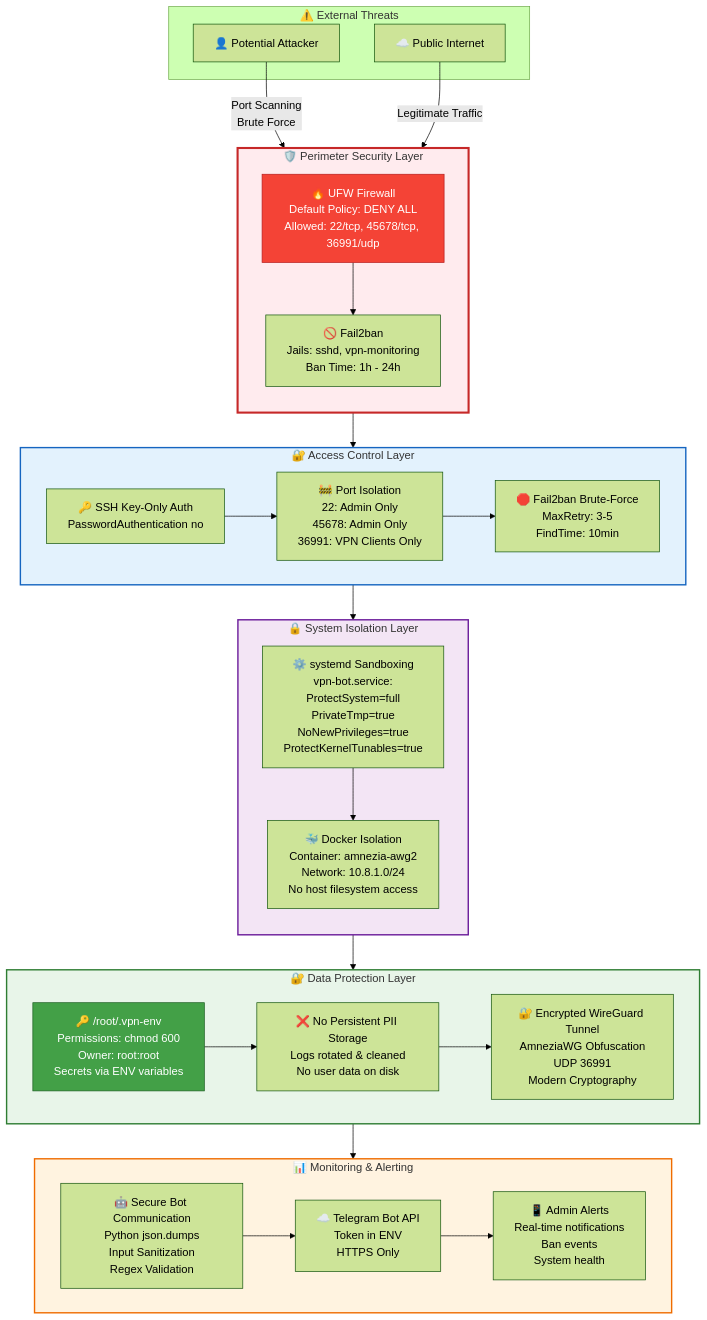
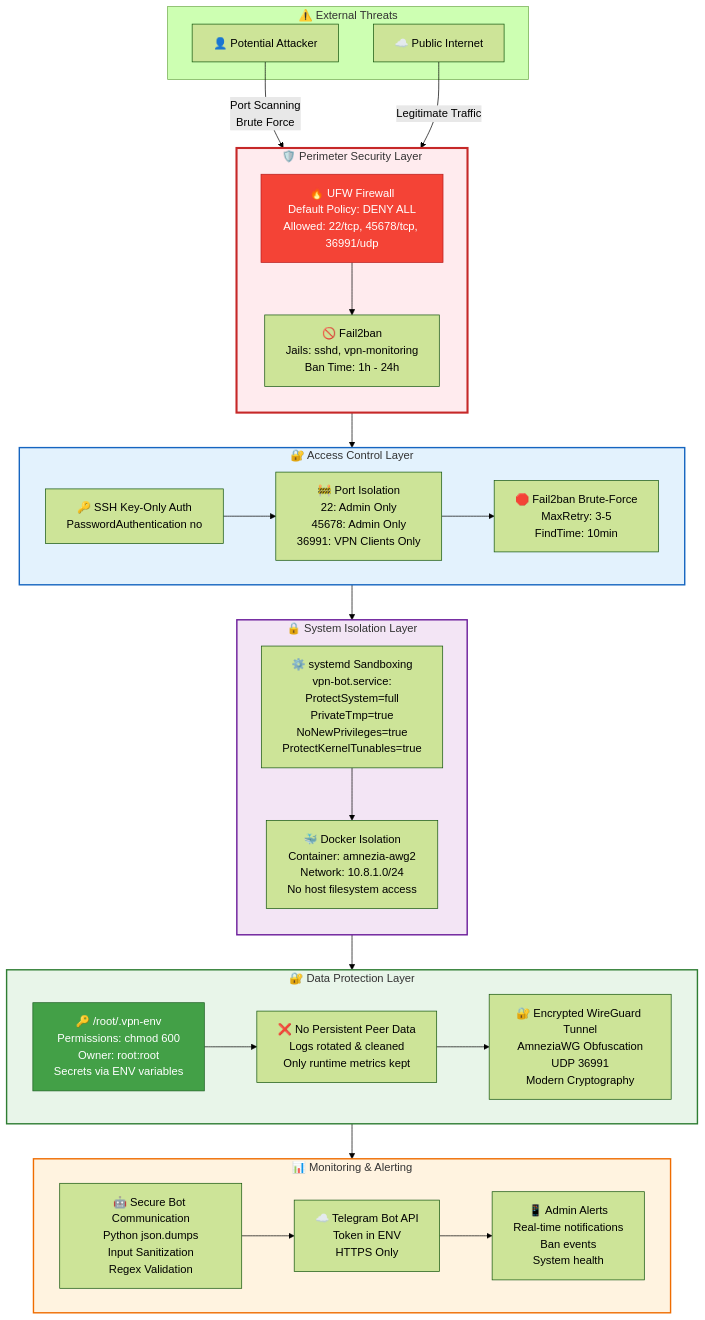
One commit to baltazor70/vpn-amnezia-infrastructure changed the third of 4 diagrams in README.md. Above: the diagram before and after it, drawn with Mermaid (forest theme). The commit also changed other lines of this file and 1 other file, not shown here.

Commit message:
docs(readme): PII -> Peer Data в defense-in-depth, shellcheck в шпаргалку, скрипт миграции v1.3

````diff
--- a/README.md
+++ b/README.md
@@ -210,62 +229,62 @@
 ```mermaid
 flowchart TB
     subgraph External["⚠️ External Threats"]
         Attacker["👤 Potential Attacker"]
         Internet["☁️ Public Internet"]
     end
 
     subgraph Perimeter["🛡️ Perimeter Security Layer"]
         direction TB
         UFW["🔥 UFW Firewall<br/>Default Policy: DENY ALL<br/>Allowed: 22/tcp, 45678/tcp, 36991/udp"]
         Fail2ban["🚫 Fail2ban<br/>Jails: sshd, vpn-monitoring<br/>Ban Time: 1h - 24h"]
         
         UFW --> Fail2ban
     end
 
     subgraph AccessControl["🔐 Access Control Layer"]
         SSHKey["🔑 SSH Key-Only Auth<br/>PasswordAuthentication no"]
         PortIsolation["🚧 Port Isolation<br/>22: Admin Only<br/>45678: Admin Only<br/>36991: VPN Clients Only"]
         Fail2banBf["🛑 Fail2ban Brute-Force<br/>MaxRetry: 3-5<br/>FindTime: 10min"]
         
         SSHKey --> PortIsolation --> Fail2banBf
     end
 
     subgraph SystemIsolation["🔒 System Isolation Layer"]
         direction TB
         SystemdSandbox["⚙️ systemd Sandboxing<br/>vpn-bot.service:<br/>ProtectSystem=full<br/>PrivateTmp=true<br/>NoNewPrivileges=true<br/>ProtectKernelTunables=true"]
         DockerIsolation["🐳 Docker Isolation<br/>Container: amnezia-awg2<br/>Network: 10.8.1.0/24<br/>No host filesystem access"]
         
         SystemdSandbox --> DockerIsolation
     end
 
     subgraph DataProtection["🔐 Data Protection Layer"]
         EnvSecrets["🔑 /root/.vpn-env<br/>Permissions: chmod 600<br/>Owner: root:root<br/>Secrets via ENV variables"]
-        NoPII["❌ No Persistent PII Storage<br/>Logs rotated & cleaned<br/>No user data on disk"]
+        NoPII["❌ No Persistent Peer Data<br/>Logs rotated & cleaned<br/>Only runtime metrics kept"]
         EncryptedTunnel["🔐 Encrypted WireGuard Tunnel<br/>AmneziaWG Obfuscation<br/>UDP 36991<br/>Modern Cryptography"]
         
         EnvSecrets --> NoPII --> EncryptedTunnel
     end
 
     subgraph Monitoring["📊 Monitoring & Alerting"]
         BotSecure["🤖 Secure Bot Communication<br/>Python json.dumps<br/>Input Sanitization<br/>Regex Validation"]
         TGBotAPI["☁️ Telegram Bot API<br/>Token in ENV<br/>HTTPS Only"]
         AdminAlerts["📱 Admin Alerts<br/>Real-time notifications<br/>Ban events<br/>System health"]
         
         BotSecure --> TGBotAPI --> AdminAlerts
     end
 
     Attacker -->|"Port Scanning<br/>Brute Force"| UFW
     Internet -->|"Legitimate Traffic"| UFW
     UFW --> AccessControl
     AccessControl --> SystemIsolation
     SystemIsolation --> DataProtection
     DataProtection --> Monitoring
     
     style Perimeter fill:#ffebee,stroke:#c62828,stroke-width:3px
     style AccessControl fill:#e3f2fd,stroke:#1565c0,stroke-width:2px
     style SystemIsolation fill:#f3e5f5,stroke:#6a1b9a,stroke-width:2px
     style DataProtection fill:#e8f5e9,stroke:#2e7d32,stroke-width:2px
     style Monitoring fill:#fff3e0,stroke:#ef6c00,stroke-width:2px
     style UFW fill:#f44336,stroke:#b71c1c,color:#fff
     style EnvSecrets fill:#43a047,stroke:#1b5e20,color:#fff
 ```
````
